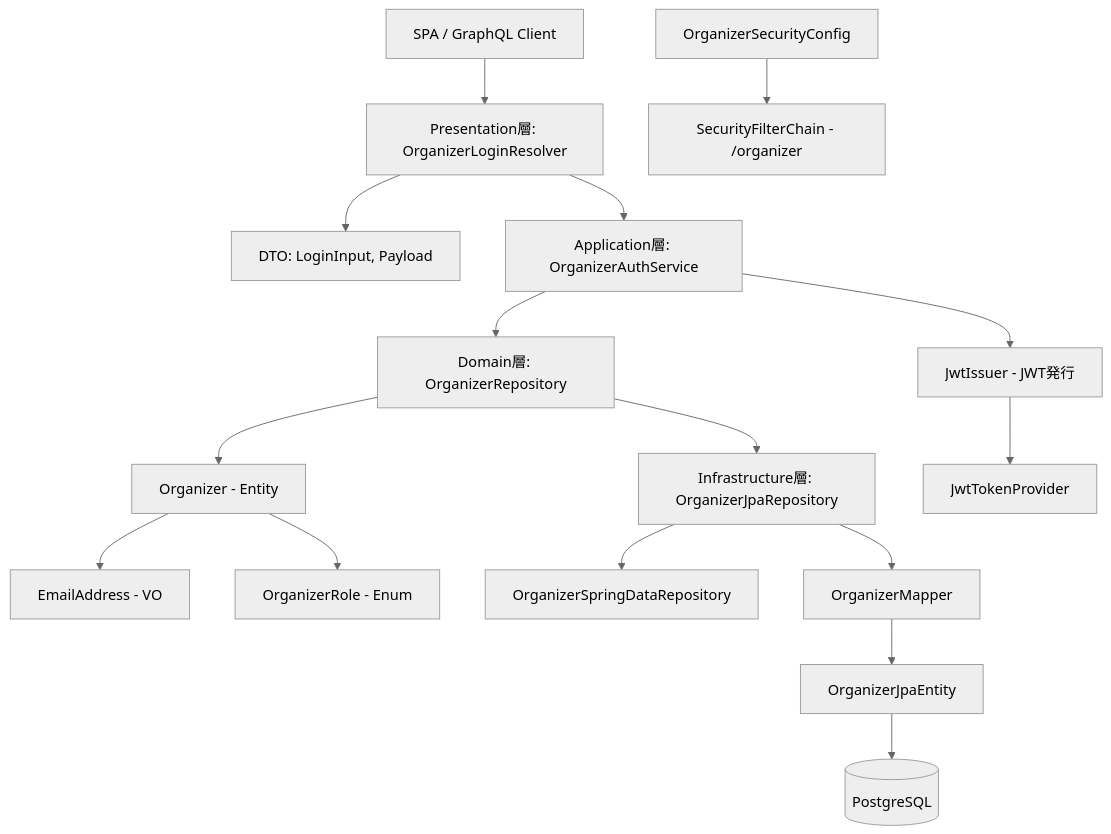
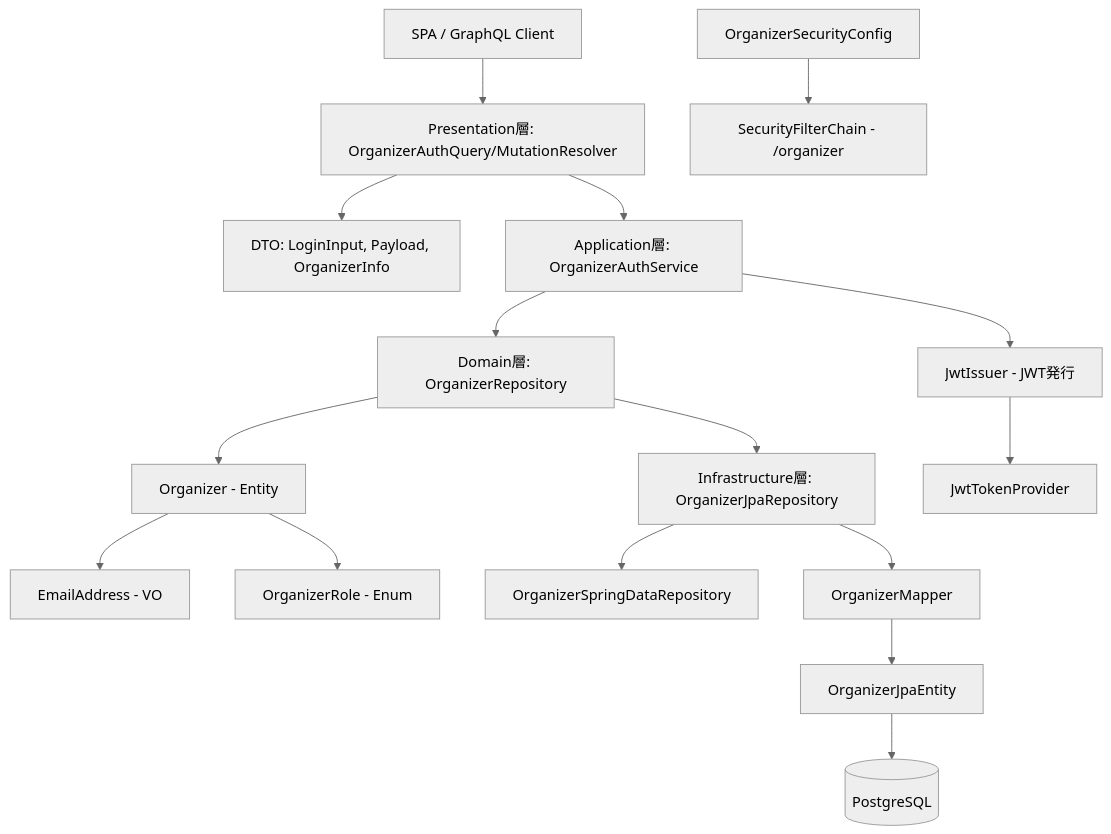
Before and after one commit to yuji91/kt-event-saas: the first of 2 diagrams in docs/03_organizer/README.md, drawn with Mermaid (neutral theme). The commit also changed other lines of this file, not shown here.

Commit message:
ドキュメントを更新し、Resolverクラスは Query, Mutation で分けて定義した

````diff
--- a/docs/03_organizer/README.md
+++ b/docs/03_organizer/README.md
@@ -96,27 +103,27 @@
 ```mermaid
 graph TD
 
 %% Presentation層
-UI[SPA / GraphQL Client] --> Resolver[Presentation層: OrganizerLoginResolver]
-Resolver --> DTO[DTO: LoginInput, Payload]
+UI[SPA / GraphQL Client] --> Resolver[Presentation層: OrganizerAuthQuery/MutationResolver]
+Resolver --> DTO[DTO: LoginInput, Payload, OrganizerInfo]
 
 %% Application層
 Resolver --> AuthService[Application層: OrganizerAuthService]
 AuthService --> JwtIssuer[JwtIssuer - JWT発行]
 
 %% Domain層
 AuthService --> RepositoryIF[Domain層: OrganizerRepository]
 RepositoryIF --> DomainEntity[Organizer - Entity]
 DomainEntity --> Email[EmailAddress - VO]
 DomainEntity --> Role[OrganizerRole - Enum]
 
 %% Infrastructure層
 RepositoryIF --> JpaRepository[Infrastructure層: OrganizerJpaRepository]
 JpaRepository --> SpringDataRepo[OrganizerSpringDataRepository]
 JpaRepository --> Mapper[OrganizerMapper]
 Mapper --> JpaEntity[OrganizerJpaEntity]
 JpaEntity --> DB[(PostgreSQL)]
 
 JwtIssuer --> JwtUtil[JwtTokenProvider]
 SecurityConfig[OrganizerSecurityConfig] --> FilterChain[SecurityFilterChain - /organizer]
 ```
````
